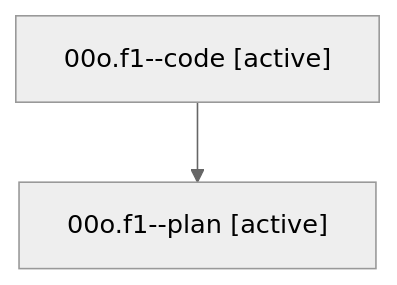
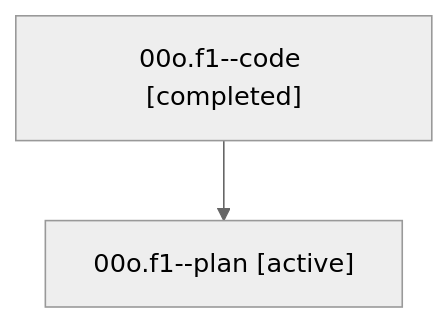
One commit to bobs-org/bob-cli--agents changed the diagram in sessions/bbugyi200.athena.00o.f1.md. Above: the diagram before and after it, drawn with Mermaid (neutral theme). The commit also changed other lines of this file and 18 other files, not shown here.

````diff
--- a/sessions/bbugyi200.athena.00o.f1.md
+++ b/sessions/bbugyi200.athena.00o.f1.md
@@ -9,6 +9,6 @@
 ```mermaid
 flowchart TD
-  n0["00o.f1--code [active]"]
+  n0["00o.f1--code [completed]"]
   n1["00o.f1--plan [active]"]
   n0 --> n1
 ```
````
